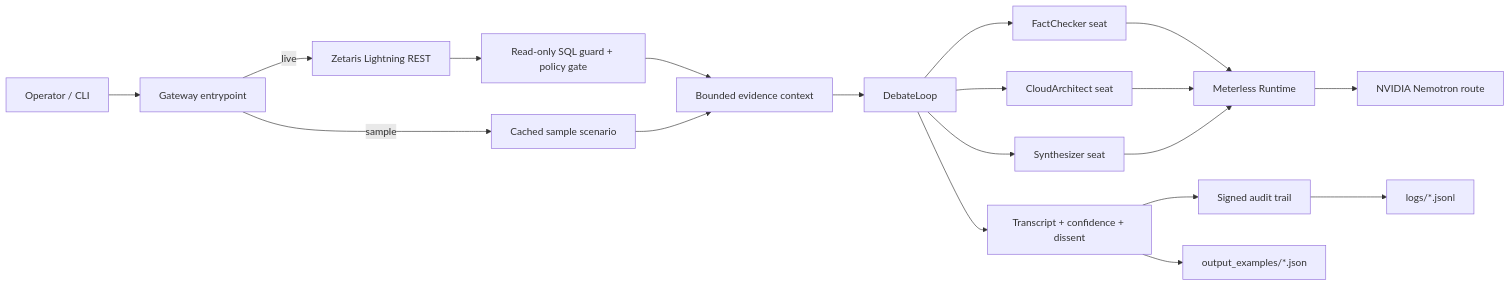
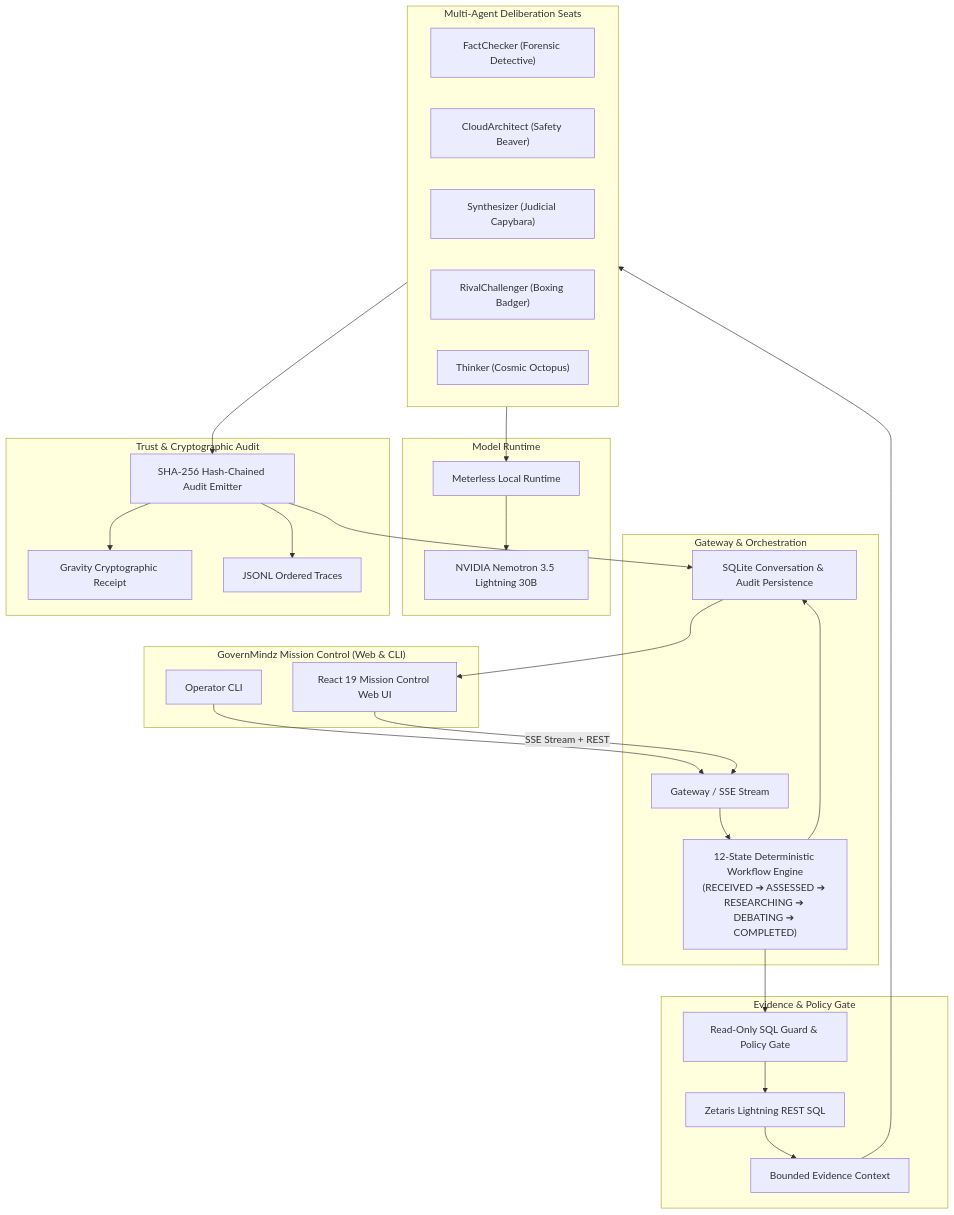
One commit to ACR-LOGIC/governmindz changed the diagram in README.md. Above: the diagram before and after it, drawn with Mermaid. The commit also changed other lines of this file and 5 other files, not shown here.

````diff
--- a/README.md
+++ b/README.md
@@ -27,21 +31,54 @@
 ```mermaid
-flowchart LR
-    U[Operator / CLI] --> G[Gateway entrypoint]
-    G -->|sample| S[Cached sample scenario]
-    G -->|live| Z[Zetaris Lightning REST]
-    Z --> P[Read-only SQL guard + policy gate]
-    P --> E[Bounded evidence context]
-    S --> E
-    E --> D[DebateLoop]
-    D --> F[FactChecker seat]
-    D --> A[CloudArchitect seat]
-    D --> Y[Synthesizer seat]
-    F --> M[Meterless Runtime]
-    A --> M
-    Y --> M
-    M --> N[NVIDIA Nemotron route]
-    D --> T[Transcript + confidence + dissent]
-    T --> L[Signed audit trail]
-    T --> O[output_examples/*.json]
-    L --> J[logs/*.jsonl]
+flowchart TD
+    subgraph UI ["GovernMindz Mission Control (Web & CLI)"]
+        CLI[Operator CLI]
+        WEB[React 19 Mission Control Web UI]
+    end
+
+    subgraph GW ["Gateway & Orchestration"]
+        GATE[Gateway / SSE Stream]
+        FSM["12-State Deterministic Workflow Engine<br/>(RECEIVED ➔ ASSESSED ➔ RESEARCHING ➔ DEBATING ➔ COMPLETED)"]
+        PERSIST[SQLite Conversation & Audit Persistence]
+    end
+
+    subgraph EVIDENCE ["Evidence & Policy Gate"]
+        ZET[Zetaris Lightning REST SQL]
+        GUARD[Read-Only SQL Guard & Policy Gate]
+        BOUND[Bounded Evidence Context]
+    end
+
+    subgraph DEBATE ["Multi-Agent Deliberation Seats"]
+        FC["FactChecker (Forensic Detective)"]
+        CA["CloudArchitect (Safety Beaver)"]
+        SY["Synthesizer (Judicial Capybara)"]
+        RC["RivalChallenger (Boxing Badger)"]
+        TK["Thinker (Cosmic Octopus)"]
+    end
+
+    subgraph MODEL ["Model Runtime"]
+        MTR[Meterless Local Runtime]
+        NEMO[NVIDIA Nemotron 3.5 Lightning 30B]
+    end
+
+    subgraph TRUST ["Trust & Cryptographic Audit"]
+        AUDIT[SHA-256 Hash-Chained Audit Emitter]
+        RECEIPT[Gravity Cryptographic Receipt]
+        LOGS[JSONL Ordered Traces]
+    end
+
+    CLI --> GATE
+    WEB -->|SSE Stream + REST| GATE
+    GATE --> FSM
+    FSM --> PERSIST
+    FSM --> GUARD
+    GUARD --> ZET
+    ZET --> BOUND
+    BOUND --> DEBATE
+    DEBATE --> MTR
+    MTR --> NEMO
+    DEBATE --> AUDIT
+    AUDIT --> RECEIPT
+    AUDIT --> LOGS
+    AUDIT --> PERSIST
+    PERSIST --> WEB
 ```
````
